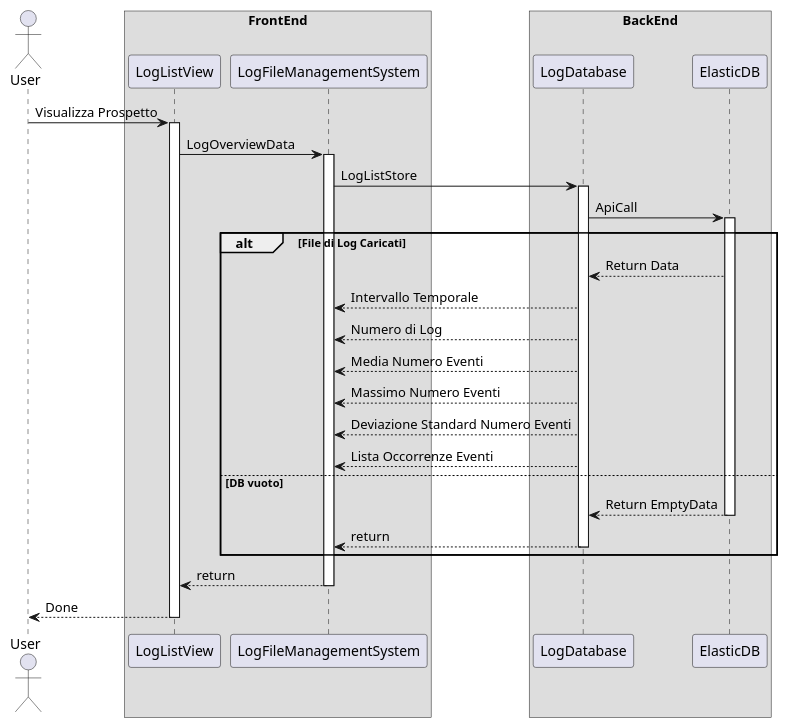
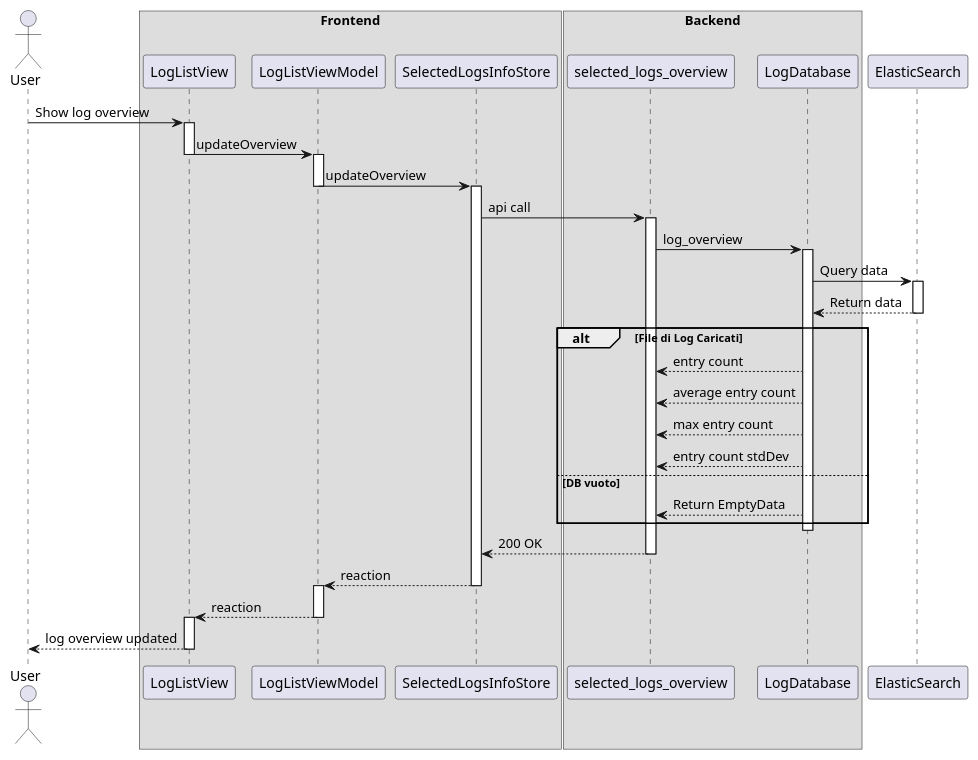
Before and after one commit to sevenelevendevunipd/docs: the tenth of 13 diagrams in allegato_tecnico.md, drawn with PlantUML. The commit also changed other lines of this file, not shown here.

````diff
--- a/allegato_tecnico.md
+++ b/allegato_tecnico.md
@@ -652,39 +795,54 @@
 ```{ .plantuml caption="Diagramma S2"}
 @startuml
 actor User
-box "FrontEnd"
+
+box Frontend
 participant LogListView
-participant LogFileManagementSystem
+participant LogListViewModel
+participant SelectedLogsInfoStore
 end box
-box "BackEnd"
+
+box Backend
+participant selected_logs_overview
 participant LogDatabase
-participant ElasticDB
 end box
-User -> LogListView: Visualizza Prospetto
+
+participant ElasticSearch
+
+User -> LogListView: Show log overview
 activate LogListView
-LogListView -> LogFileManagementSystem :LogOverviewData
-activate LogFileManagementSystem
-LogFileManagementSystem -> LogDatabase: LogListStore
+LogListView -> LogListViewModel: updateOverview
+deactivate LogListView
+activate LogListViewModel
+LogListViewModel -> SelectedLogsInfoStore: updateOverview
+deactivate LogListViewModel
+activate SelectedLogsInfoStore
+SelectedLogsInfoStore -> selected_logs_overview: api call
+activate selected_logs_overview
+selected_logs_overview -> LogDatabase: log_overview
 activate LogDatabase
-LogDatabase -> ElasticDB: ApiCall
-activate ElasticDB
+LogDatabase -> ElasticSearch: Query data
+activate ElasticSearch
+LogDatabase <-- ElasticSearch: Return data
+deactivate ElasticSearch
 alt File di Log Caricati
-LogDatabase <-- ElasticDB: Return Data
-LogFileManagementSystem <-- LogDatabase: Intervallo Temporale
-LogFileManagementSystem <-- LogDatabase: Numero di Log
-LogFileManagementSystem <-- LogDatabase: Media Numero Eventi
-LogFileManagementSystem <-- LogDatabase: Massimo Numero Eventi
-LogFileManagementSystem <-- LogDatabase: Deviazione Standard Numero Eventi
-LogFileManagementSystem <-- LogDatabase: Lista Occorrenze Eventi
+selected_logs_overview <-- LogDatabase: entry count
+selected_logs_overview <-- LogDatabase: average entry count
+selected_logs_overview <-- LogDatabase: max entry count
+selected_logs_overview <-- LogDatabase: entry count stdDev
 else DB vuoto
-LogDatabase <-- ElasticDB: Return EmptyData
-deactivate ElasticDB
-LogFileManagementSystem<-- LogDatabase:return
+selected_logs_overview <-- LogDatabase: Return EmptyData
+end
 deactivate LogDatabase
-end
-LogListView <-- LogFileManagementSystem: return
-deactivate LogFileManagementSystem
-User <-- LogListView:Done
+SelectedLogsInfoStore <-- selected_logs_overview: 200 OK
+deactivate selected_logs_overview
+LogListViewModel <-- SelectedLogsInfoStore: reaction
+deactivate SelectedLogsInfoStore
+activate LogListViewModel
+LogListView <-- LogListViewModel: reaction
+deactivate LogListViewModel
+activate LogListView
+User <-- LogListView: log overview updated
 deactivate LogListView
 @enduml
 ```
````
